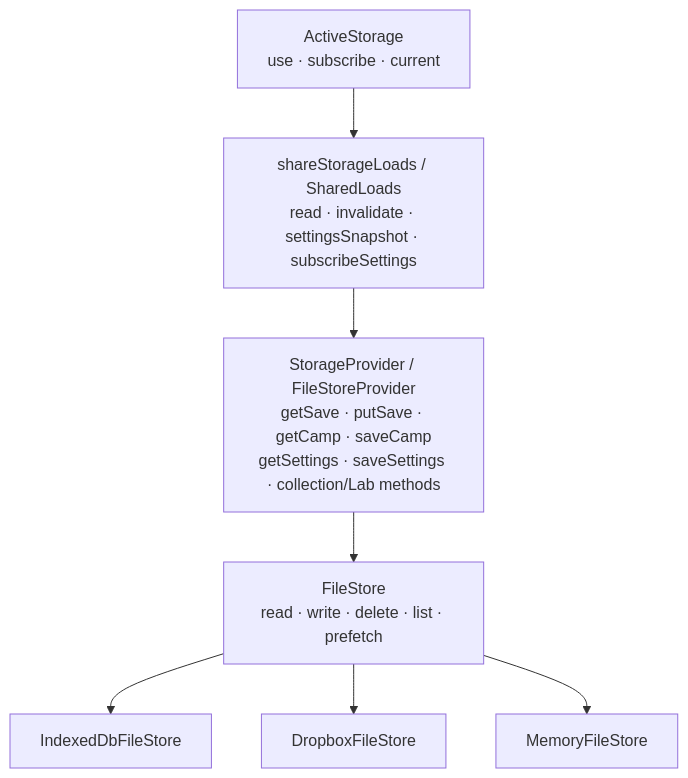
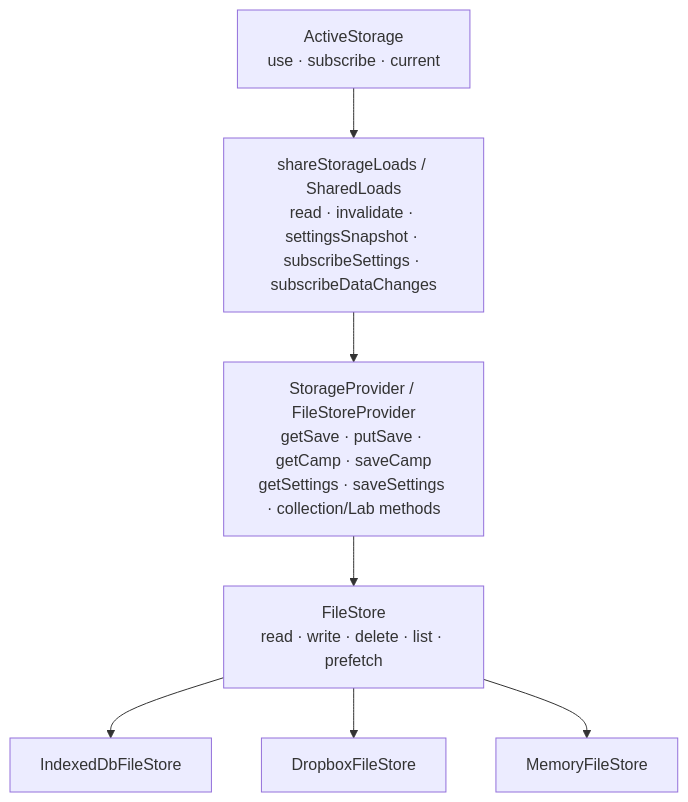
One commit to MercuryEnigma/pkcamp changed the diagram in src/services/storage/ARCHITECTURE.md. Above: the diagram before and after it, drawn with Mermaid. The commit also changed other lines of this file and 46 other files, not shown here.

````diff
--- a/src/services/storage/ARCHITECTURE.md
+++ b/src/services/storage/ARCHITECTURE.md
@@ -17,9 +18,9 @@
 ```mermaid
 flowchart TB
-  Facade["ActiveStorage<br/>use · subscribe · current"] --> Shared["shareStorageLoads / SharedLoads<br/>read · invalidate · settingsSnapshot · subscribeSettings"]
+  Facade["ActiveStorage<br/>use · subscribe · current"] --> Shared["shareStorageLoads / SharedLoads<br/>read · invalidate · settingsSnapshot · subscribeSettings · subscribeDataChanges"]
   Shared --> Provider["StorageProvider / FileStoreProvider<br/>getSave · putSave · getCamp · saveCamp<br/>getSettings · saveSettings · collection/Lab methods"]
   Provider --> Files["FileStore<br/>read · write · delete · list · prefetch"]
   Files --> Local["IndexedDbFileStore"]
   Files --> Cloud["DropboxFileStore"]
   Files --> Memory["MemoryFileStore"]
 ```
````
